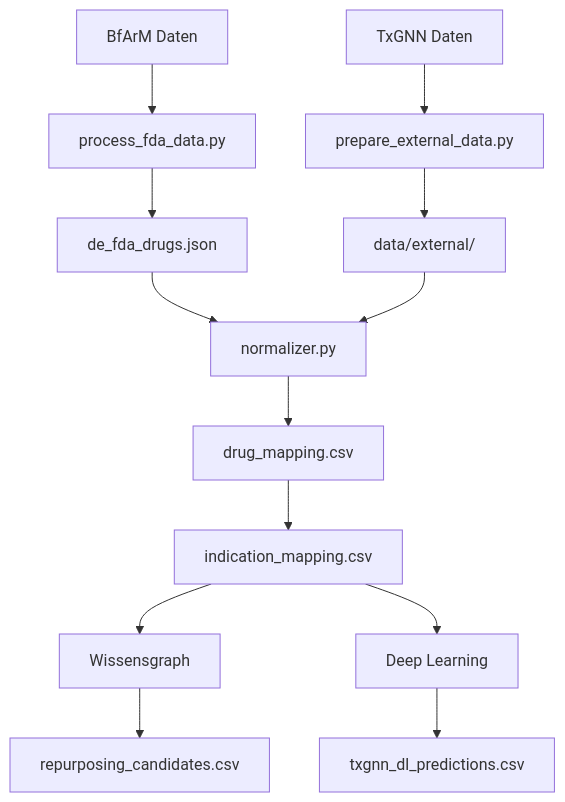
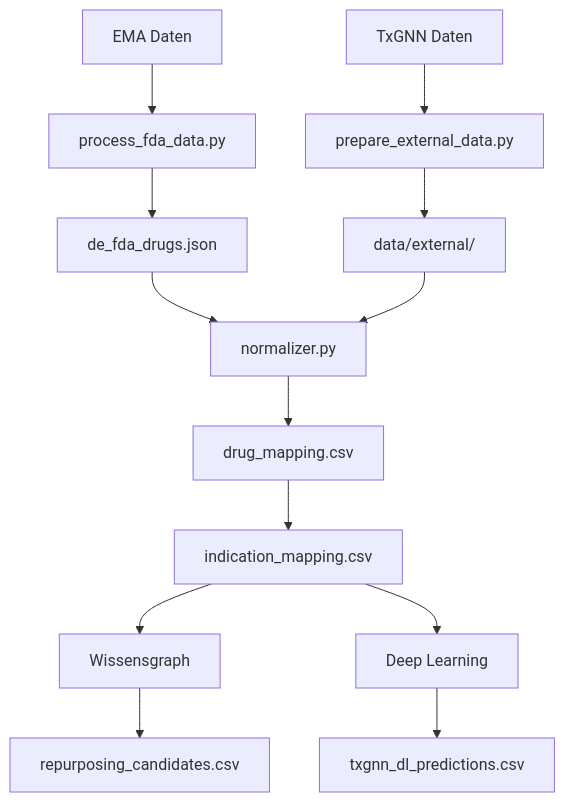
Before and after one commit to yao-care/DETxGNN: the second of 2 diagrams in README.md, drawn with Mermaid. The commit also changed other lines of this file and 3 other files, not shown here.

````diff
--- a/README.md
+++ b/README.md
@@ -303,20 +303,20 @@
 ```mermaid
 flowchart TD
-    FDA["BfArM Daten"] --> proc["process_fda_data.py"]
+    FDA["EMA Daten"] --> proc["process_fda_data.py"]
     TxGNN["TxGNN Daten"] --> prep["prepare_external_data.py"]
 
     proc --> json["de_fda_drugs.json"]
     prep --> ext["data/external/"]
 
     json --> norm["normalizer.py"]
     ext --> norm
 
     norm --> drug_map["drug_mapping.csv"]
     drug_map --> ind_map["indication_mapping.csv"]
 
     ind_map --> KG["Wissensgraph"]
     ind_map --> DL["Deep Learning"]
 
     KG --> kg_out["repurposing_candidates.csv"]
     DL --> dl_out["txgnn_dl_predictions.csv"]
 ```
````
